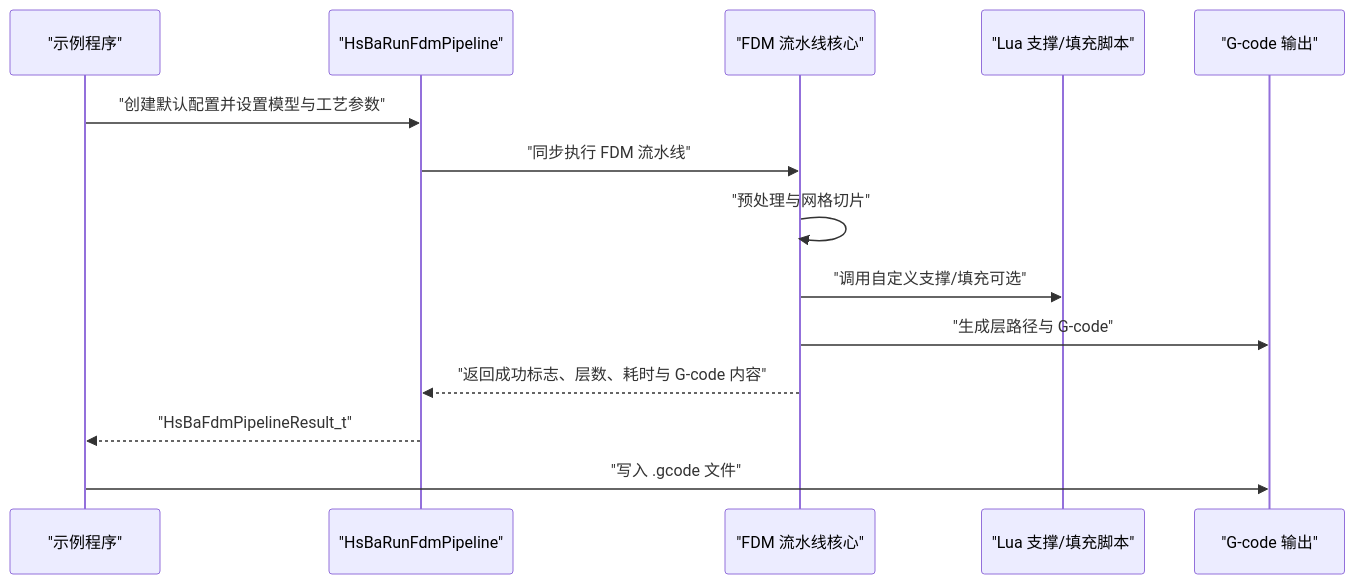
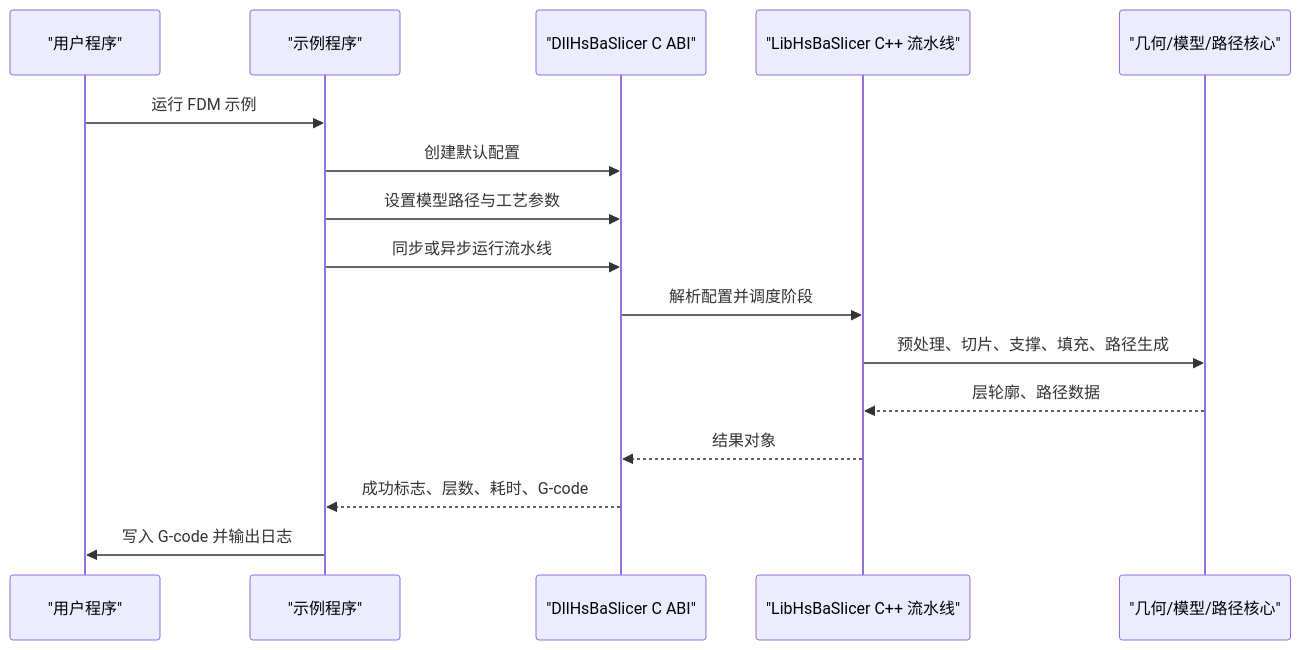
One commit to hsmbanlance/HsBaSlicer changed the second of 10 diagrams in .qoder/repowiki/zh/content/项目概述与快速开始.md. Above: the diagram before and after it, drawn with Mermaid. The commit also changed other lines of this file and 1095 other files, not shown here.

````diff
--- a/.qoder/repowiki/zh/content/项目概述与快速开始.md
+++ b/.qoder/repowiki/zh/content/项目概述与快速开始.md
@@ -115,16 +108,18 @@
 ```mermaid
 sequenceDiagram
-participant App as "示例程序"
-participant CAPI as "HsBaRunFdmPipeline"
-participant Core as "FDM 流水线核心"
-participant Lua as "Lua 支撑/填充脚本"
-participant Output as "G-code 输出"
-App->>CAPI : "创建默认配置并设置模型与工艺参数"
-CAPI->>Core : "同步执行 FDM 流水线"
-Core->>Core : "预处理与网格切片"
-Core->>Lua : "调用自定义支撑/填充可选"
-Core->>Output : "生成层路径与 G-code"
-Core-->>CAPI : "返回成功标志、层数、耗时与 G-code 内容"
-CAPI-->>App : "HsBaFdmPipelineResult_t"
-App->>Output : "写入 .gcode 文件"
+participant App as "用户程序"
+participant Sample as "示例程序"
+participant Dll as "DllHsBaSlicer C ABI"
+participant Lib as "LibHsBaSlicer C++ 流水线"
+participant Core as "几何/模型/路径核心"
+App->>Sample : 运行 FDM 示例
+Sample->>Dll : 创建默认配置
+Sample->>Dll : 设置模型路径与工艺参数
+Sample->>Dll : 同步或异步运行流水线
+Dll->>Lib : 解析配置并调度阶段
+Lib->>Core : 预处理、切片、支撑、填充、路径生成
+Core-->>Lib : 层轮廓、路径数据
+Lib-->>Dll : 结果对象
+Dll-->>Sample : 成功标志、层数、耗时、G-code
+Sample->>App : 写入 G-code 并输出日志
 ```
````
